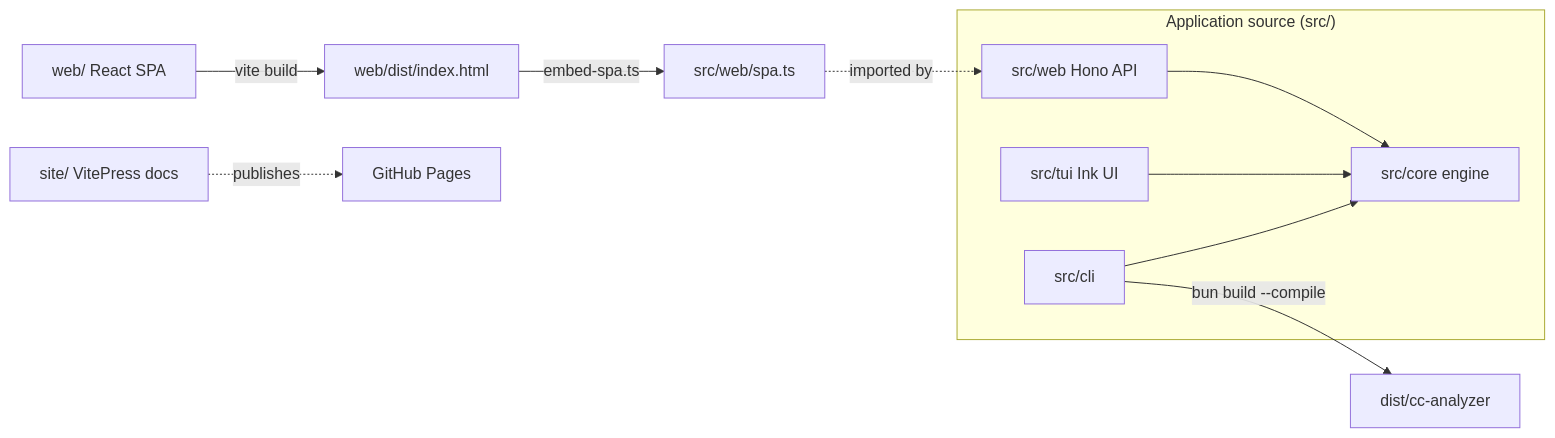
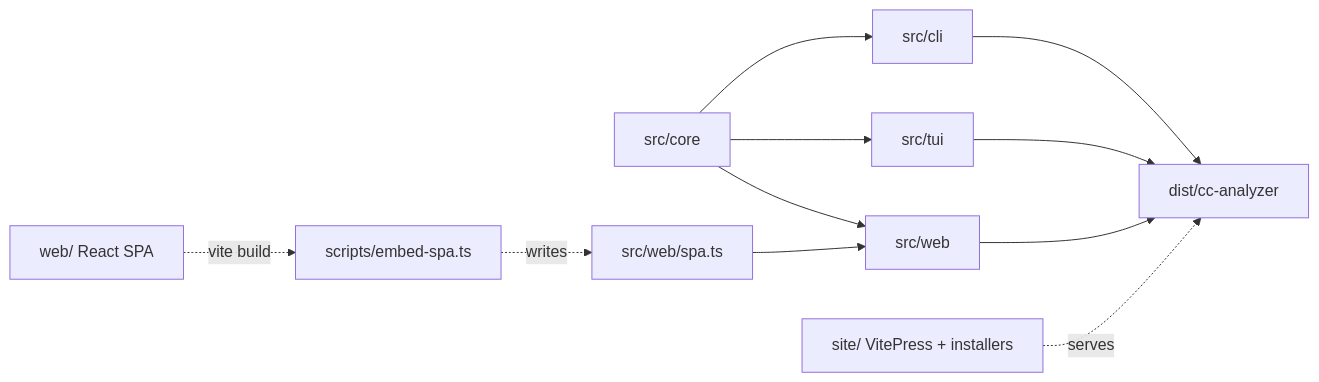
The first of 2 diagrams in wiki/1-repository-structure.md (yorch/cc-analyzer), drawn with Mermaid before and after one commit. The commit also changed other lines of this file and 19 other files, not shown here.

````diff
--- a/wiki/1-repository-structure.md
+++ b/wiki/1-repository-structure.md
@@ -29,20 +27,13 @@
 ```mermaid
 flowchart LR
-    subgraph app["Application source (src/)"]
-        Core[src/core engine]
-        CLI[src/cli]
-        TUI[src/tui Ink UI]
-        WebSrv[src/web Hono API]
-    end
-
-    SPA[web/ React SPA] -->|vite build| DistHtml[web/dist/index.html]
-    DistHtml -->|embed-spa.ts| SpaTs[src/web/spa.ts]
-    SpaTs -.imported by.-> WebSrv
-
-    CLI --> Core
-    TUI --> Core
-    WebSrv --> Core
-
-    CLI -->|bun build --compile| Binary[dist/cc-analyzer]
-    Site[site/ VitePress docs] -.publishes.-> Pages[GitHub Pages]
+    core[src/core] --> cli[src/cli]
+    core --> tui[src/tui]
+    core --> web[src/web]
+    webspa[web/ React SPA] -.vite build.-> embed[scripts/embed-spa.ts]
+    embed -.writes.-> spa[src/web/spa.ts]
+    spa --> web
+    cli --> binary[dist/cc-analyzer]
+    tui --> binary
+    web --> binary
+    site[site/ VitePress + installers] -.serves.-> binary
 ```
````
